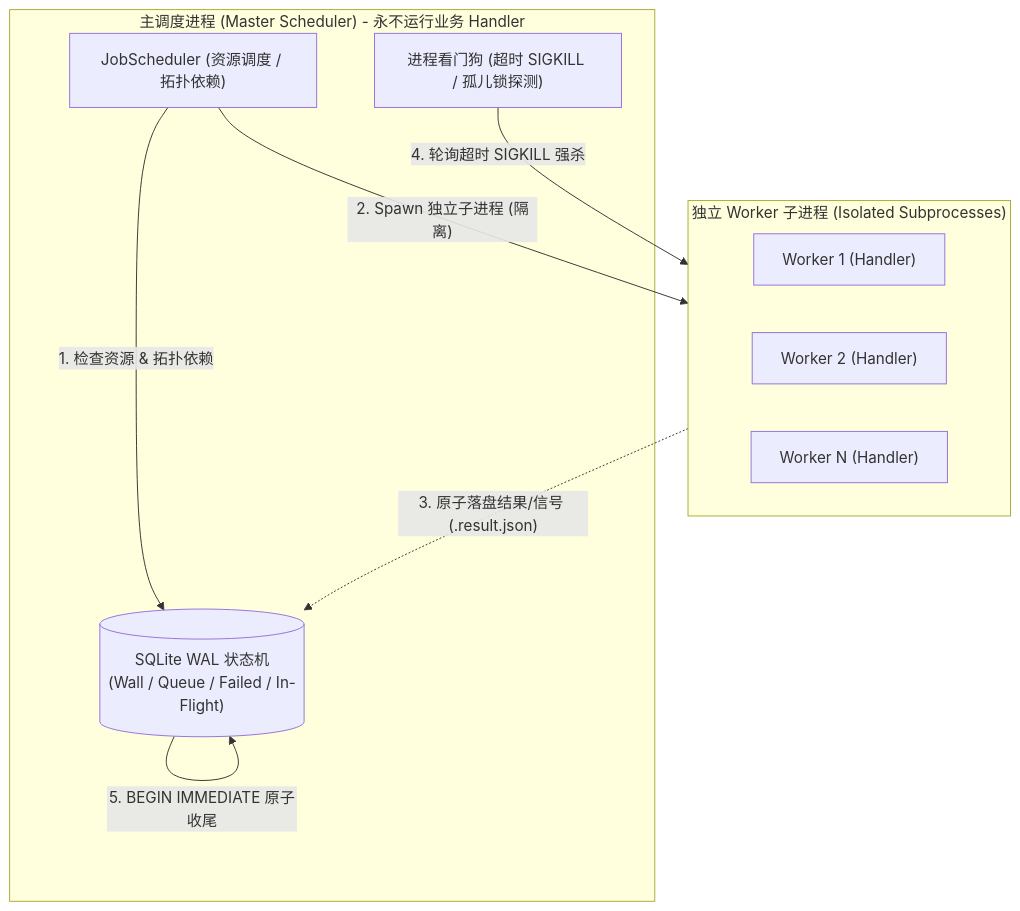
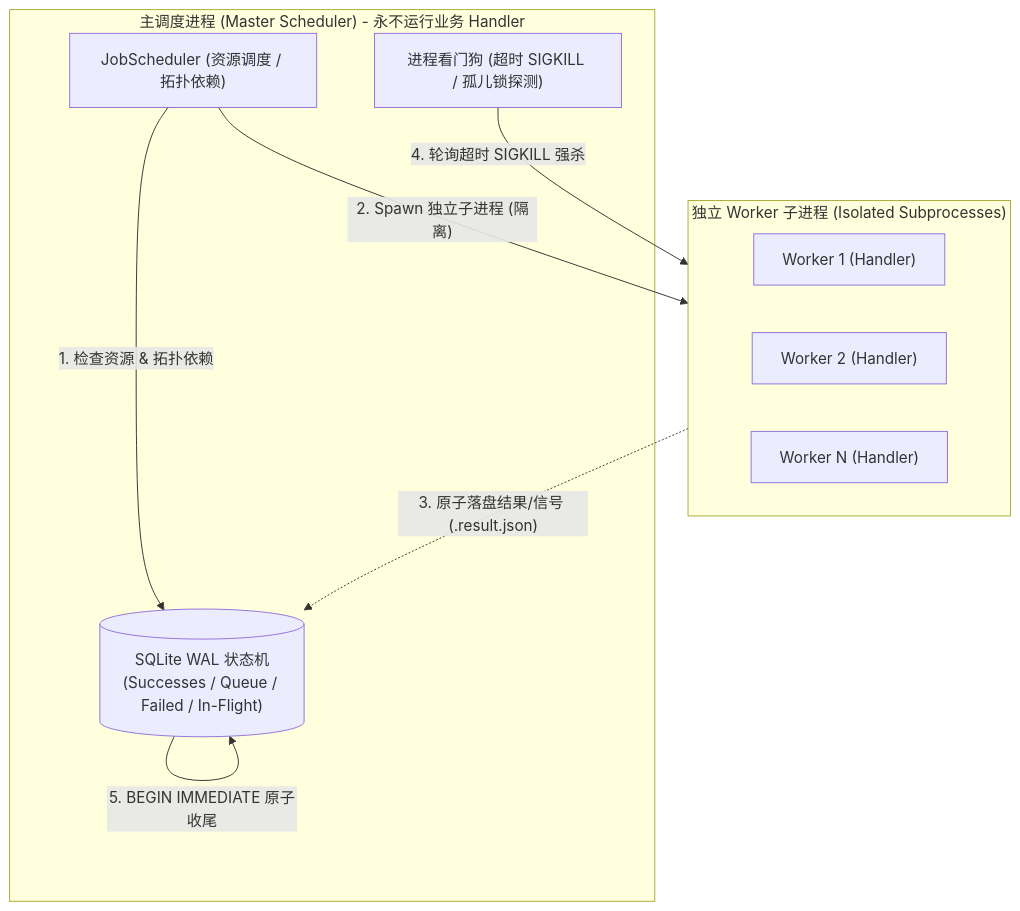
One commit to CaptainLi321/tasklite changed the diagram in README.md. Above: the diagram before and after it, drawn with Mermaid. The commit also changed other lines of this file and 60 other files, not shown here.

````diff
--- a/README.md
+++ b/README.md
@@ -55,20 +55,20 @@
 ```mermaid
 flowchart TD
     subgraph Host ["主调度进程 (Master Scheduler) - 永不运行业务 Handler"]
-        State[("SQLite WAL 状态机\n(Wall / Queue / Failed / In-Flight)")]
+        State[("SQLite WAL 状态机\n(Successes / Queue / Failed / In-Flight)")]
         Scheduler["JobScheduler (资源调度 / 拓扑依赖)"]
         Watchdog["进程看门狗 (超时 SIGKILL / 孤儿锁探测)"]
     end
 
     subgraph Workers ["独立 Worker 子进程 (Isolated Subprocesses)"]
         W1["Worker 1 (Handler)"]
         W2["Worker 2 (Handler)"]
         WN["Worker N (Handler)"]
     end
 
     Scheduler -->|"1. 检查资源 & 拓扑依赖"| State
     Scheduler -->|"2. Spawn 独立子进程 (隔离)"| Workers
     Workers -.->|"3. 原子落盘结果/信号 (.result.json)"| State
     Watchdog -->|"4. 轮询超时 SIGKILL 强杀"| Workers
     State -->|"5. BEGIN IMMEDIATE 原子收尾"| State
 ```
````
